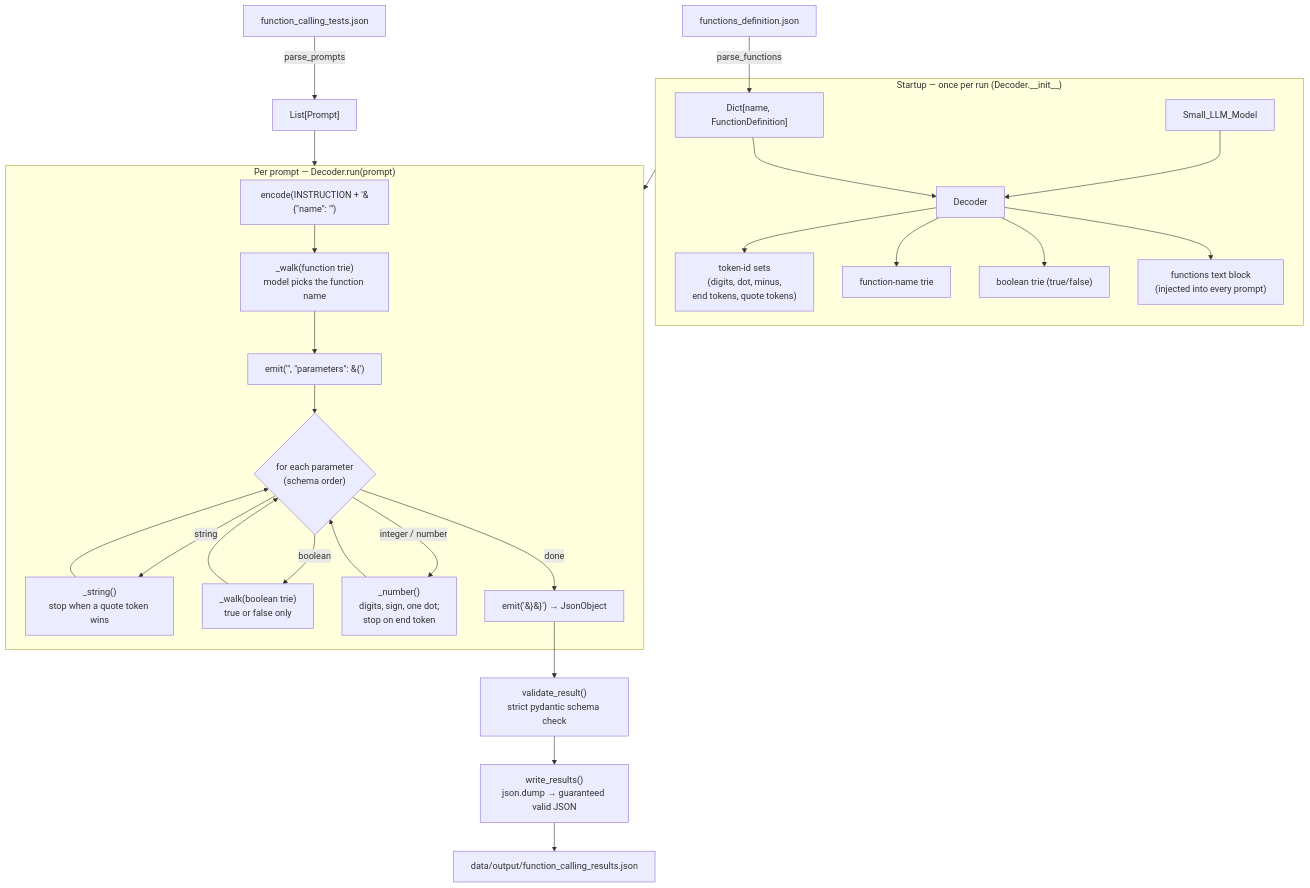
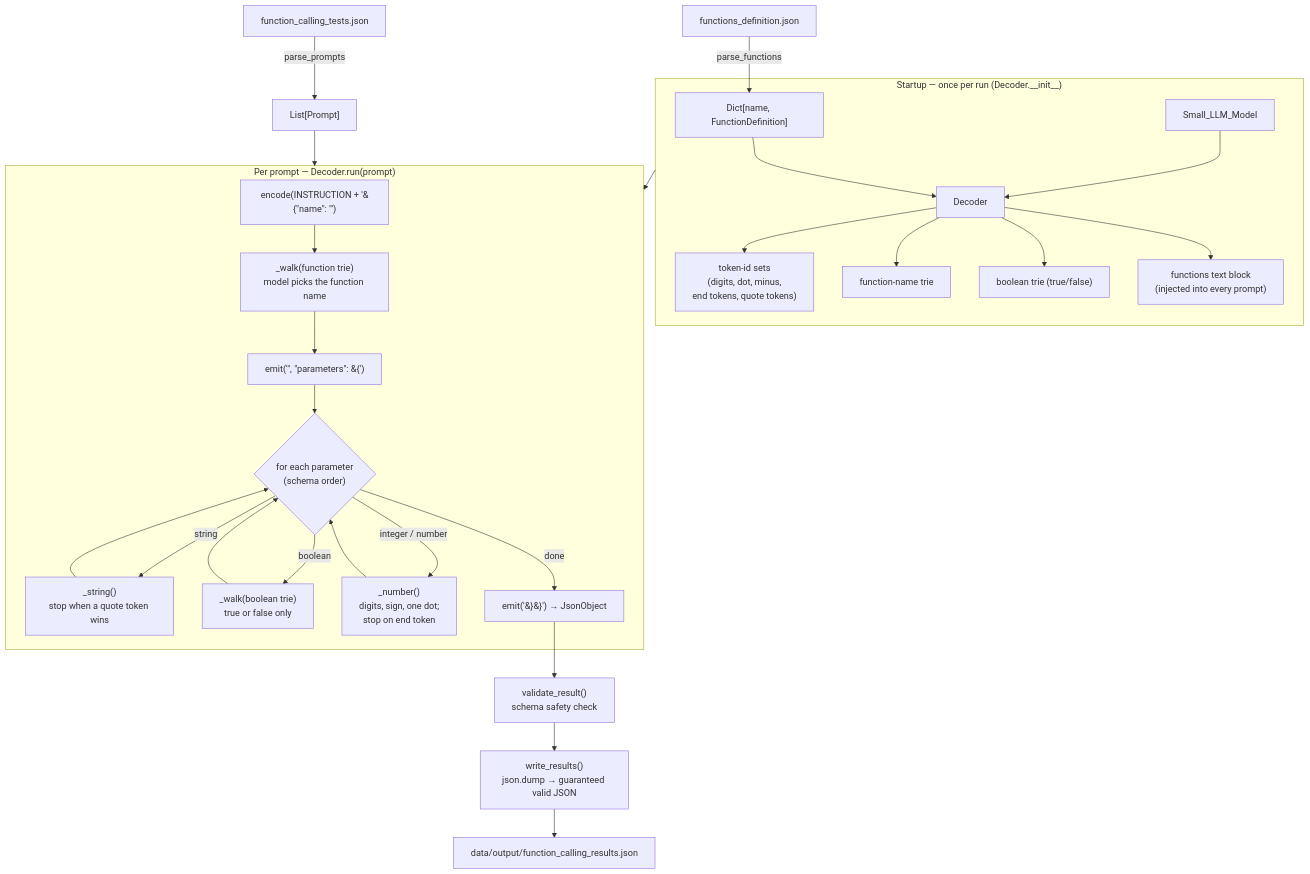
Before and after one commit to laghzal49/Call-me-maybe: the first of 2 diagrams in docs/00-overview.md, drawn with Mermaid. The commit also changed 3 other files, not shown here.

````diff
--- a/docs/00-overview.md
+++ b/docs/00-overview.md
@@ -46,33 +46,33 @@
 ```mermaid
 flowchart TD
     FD[functions_definition.json] -->|parse_functions| F["Dict[name, FunctionDefinition]"]
     TI[function_calling_tests.json] -->|parse_prompts| P["List[Prompt]"]
 
     subgraph startup ["Startup — once per run (Decoder.__init__)"]
         LLM[Small_LLM_Model] --> D[Decoder]
         F --> D
         D --> V["token-id sets<br/>(digits, dot, minus,<br/>end tokens, quote tokens)"]
         D --> FT["function-name trie"]
         D --> BT["boolean trie (true/false)"]
         D --> B["functions text block<br/>(injected into every prompt)"]
     end
 
     subgraph perprompt ["Per prompt — Decoder.run(prompt)"]
         S1["encode(INSTRUCTION + '&#123;&quot;name&quot;: &quot;')"] --> S2["_walk(function trie)<br/>model picks the function name"]
         S2 --> S3["emit('&quot;, &quot;parameters&quot;: &#123;')"]
         S3 --> S4{"for each parameter<br/>(schema order)"}
         S4 -->|string| V1["_string()<br/>stop when a quote token wins"]
         S4 -->|boolean| V2["_walk(boolean trie)<br/>true or false only"]
         S4 -->|integer / number| V3["_number()<br/>digits, sign, one dot;<br/>stop on end token"]
         V1 --> S4
         V2 --> S4
         V3 --> S4
         S4 -->|done| S5["emit('&#125;&#125;')  →  JsonObject"]
     end
 
     P --> perprompt
     startup --> perprompt
-    S5 --> VAL["validate_result()<br/>strict pydantic schema check"]
+    S5 --> VAL["validate_result()<br/>schema safety check"]
     VAL --> W["write_results()<br/>json.dump → guaranteed valid JSON"]
     W --> OUT[data/output/function_calling_results.json]
 ```
````
